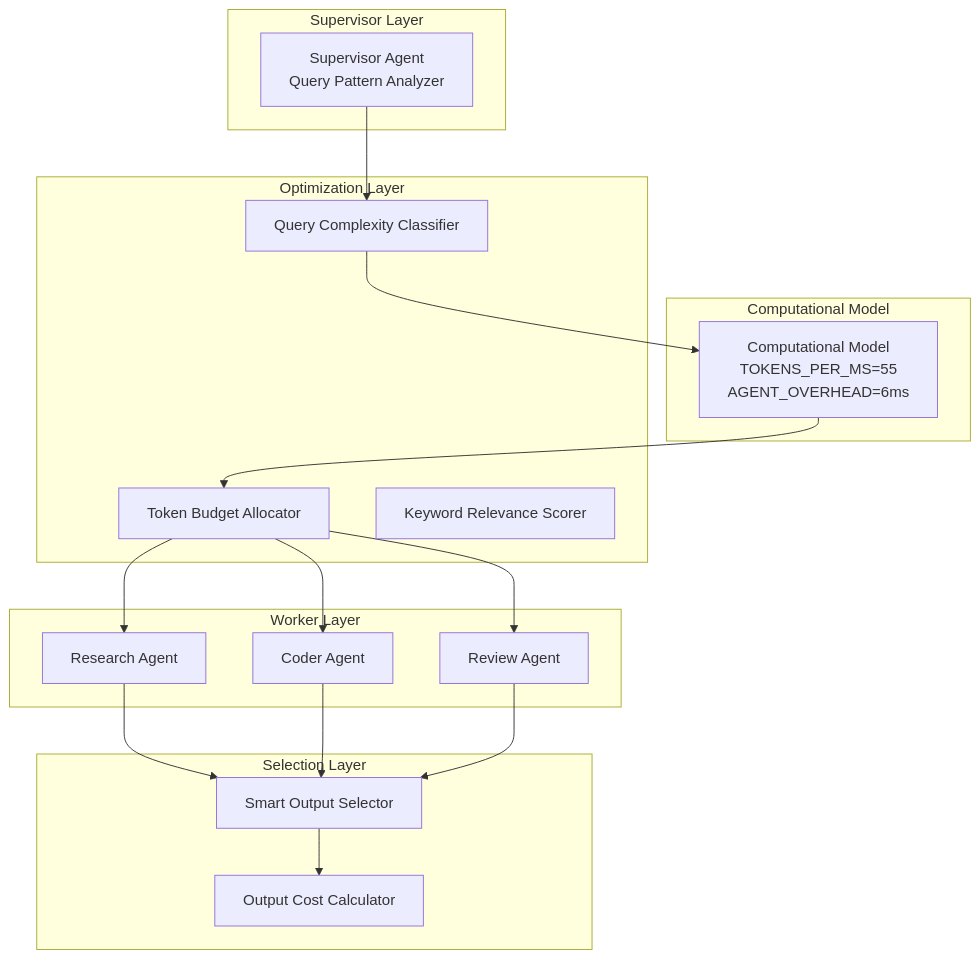
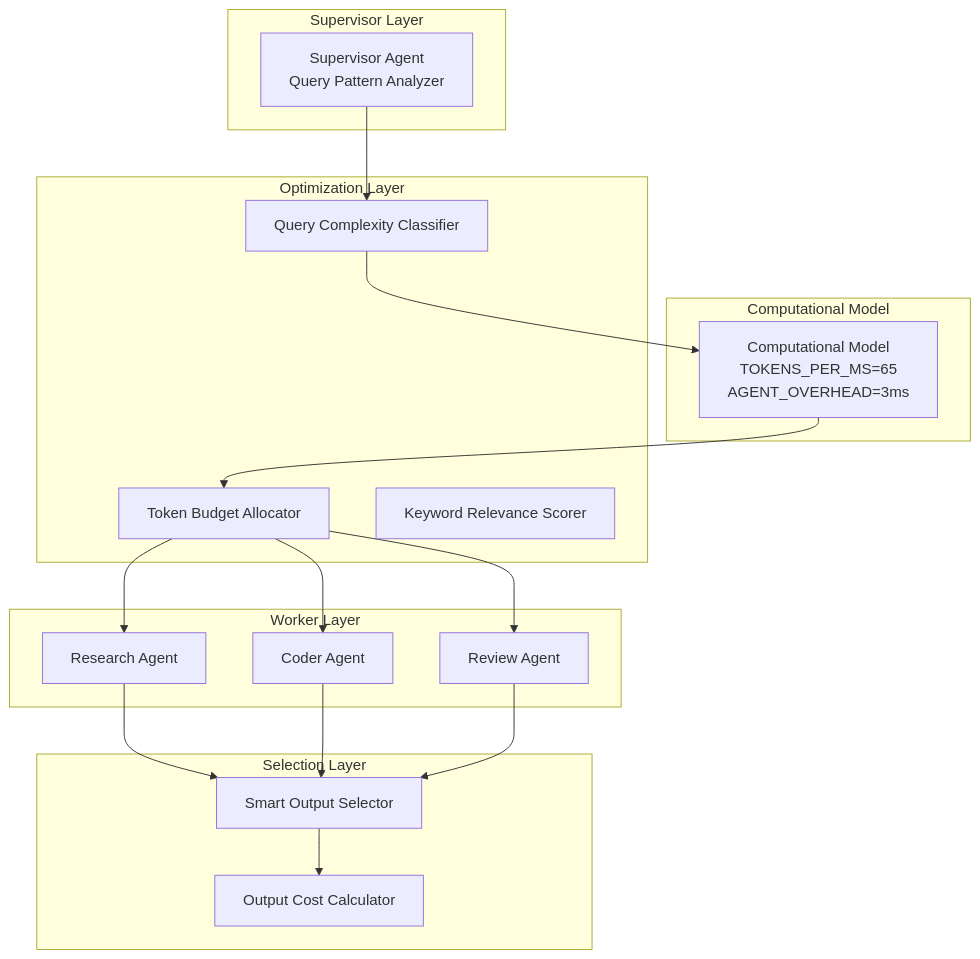
The diagram in ARCHITECTURE.md (xiangbianpangde/mas-evolution-test), drawn with Mermaid before and after one commit. The commit also changed other lines of this file, not shown here.

Commit message:
Update: ARCHITECTURE.md - Gen66 as current champion (Efficiency 6923)

````diff
--- a/ARCHITECTURE.md
+++ b/ARCHITECTURE.md
@@ -13,38 +13,38 @@
 ```mermaid
 graph TB
     subgraph "Supervisor Layer"
         S[Supervisor Agent<br/>Query Pattern Analyzer]
     end
     
     subgraph "Computational Model"
-        CM[Computational Model<br/>TOKENS_PER_MS=55<br/>AGENT_OVERHEAD=6ms]
+        CM[Computational Model<br/>TOKENS_PER_MS=65<br/>AGENT_OVERHEAD=3ms]
     end
     
     subgraph "Optimization Layer"
         Q[Query Complexity Classifier]
         T[Token Budget Allocator]
         R[Keyword Relevance Scorer]
     end
     
     subgraph "Worker Layer"
         W1[Research Agent]
         W2[Coder Agent]
         W3[Review Agent]
     end
     
     subgraph "Selection Layer"
         O[Smart Output Selector]
         C[Output Cost Calculator]
     end
     
     S --> Q
     Q --> CM
     CM --> T
     T --> W1
     T --> W2
     T --> W3
     W1 --> O
     W2 --> O
     W3 --> O
     O --> C
 ```
````
